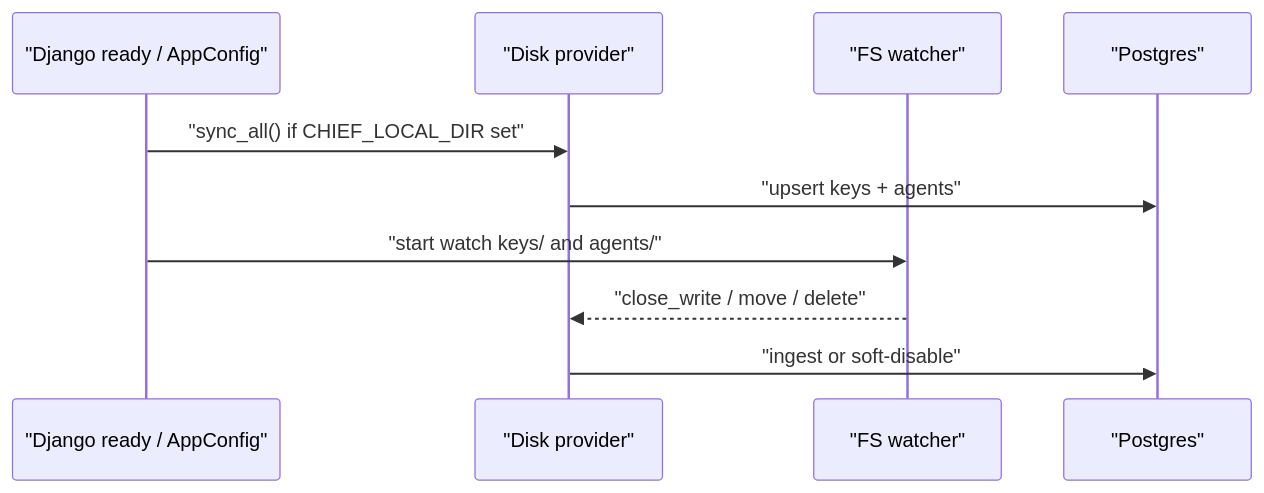
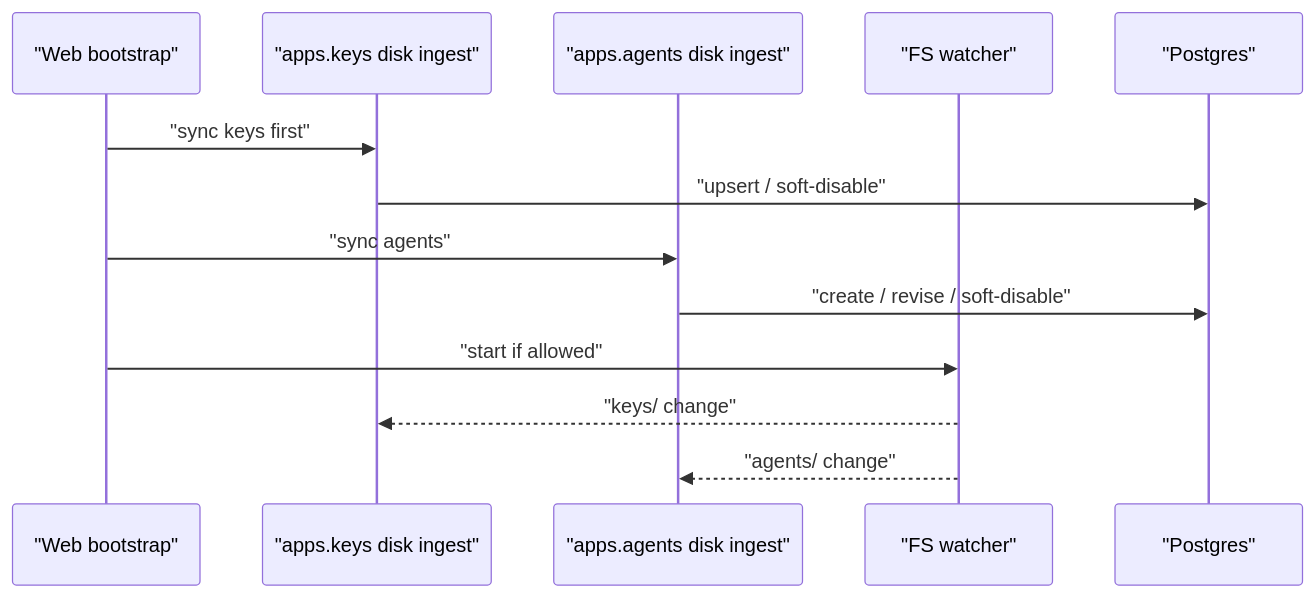
Before and after one commit to magicl/chief: the second of 2 diagrams in docs/specs/2026-07-09-local-disk-providers/2026-07-09-local-disk-providers-design.md, drawn with Mermaid. The commit also changed other lines of this file and 1 other file, not shown here.

First line of the commit message:
docs(local-disk): revise design and plan for libs providers layout

````diff
--- a/docs/specs/2026-07-09-local-disk-providers/2026-07-09-local-disk-providers-design.md
+++ b/docs/specs/2026-07-09-local-disk-providers/2026-07-09-local-disk-providers-design.md
@@ -322,13 +264,16 @@
 ```mermaid
 sequenceDiagram
-  participant Boot as "Django ready / AppConfig"
-  participant Disk as "Disk provider"
+  participant Boot as "Web bootstrap"
+  participant Key as "apps.keys disk ingest"
+  participant Data as "apps.agents disk ingest"
   participant Watch as "FS watcher"
   participant DB as "Postgres"
 
-  Boot->>Disk: "sync_all() if CHIEF_LOCAL_DIR set"
-  Disk->>DB: "upsert keys + agents"
-  Boot->>Watch: "start watch keys/ and agents/"
-  Watch-->>Disk: "close_write / move / delete"
-  Disk->>DB: "ingest or soft-disable"
+  Boot->>Key: "sync keys first"
+  Key->>DB: "upsert / soft-disable"
+  Boot->>Data: "sync agents"
+  Data->>DB: "create / revise / soft-disable"
+  Boot->>Watch: "start if allowed"
+  Watch-->>Key: "keys/ change"
+  Watch-->>Data: "agents/ change"
 ```
````
